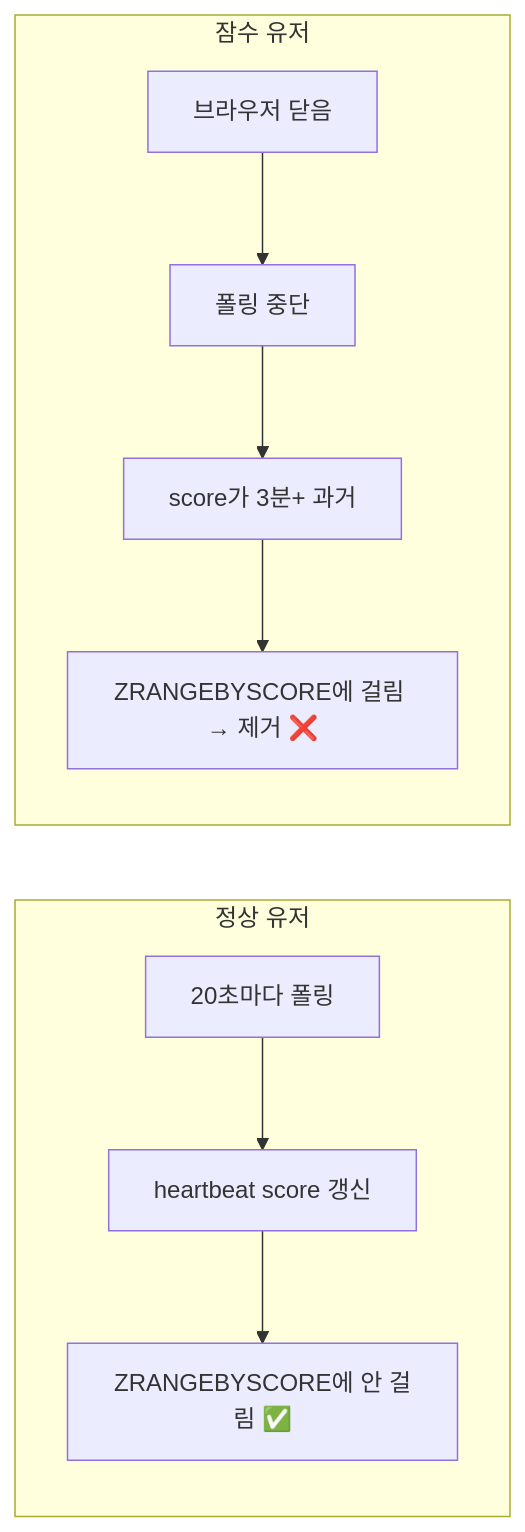
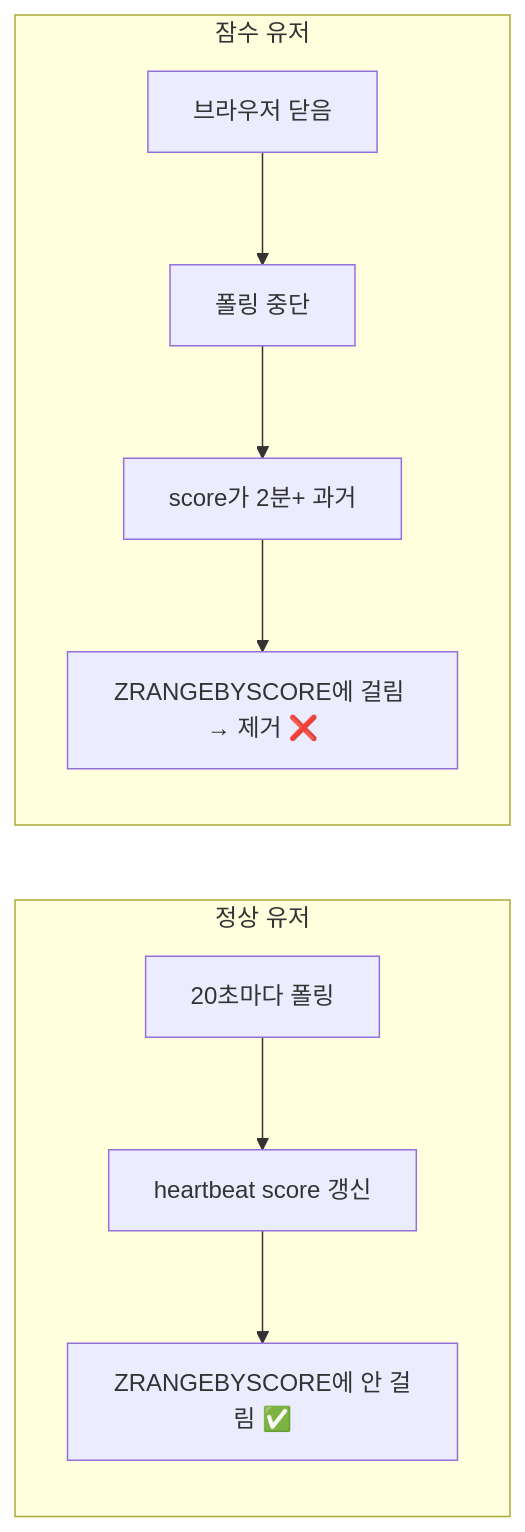
One commit to irnd04/zticket changed the fourth of 8 diagrams in README.md. Above: the diagram before and after it, drawn with Mermaid. The commit also changed other lines of this file and 3 other files, not shown here.

````diff
--- a/README.md
+++ b/README.md
@@ -126,9 +126,9 @@
 ```mermaid
 flowchart LR
     subgraph 정상 유저
         N1[20초마다 폴링] --> N2[heartbeat score 갱신] --> N3[ZRANGEBYSCORE에 안 걸림 ✅]
     end
     subgraph 잠수 유저
-        G1[브라우저 닫음] --> G2[폴링 중단] --> G3[score가 3분+ 과거] --> G4[ZRANGEBYSCORE에 걸림 → 제거 ❌]
+        G1[브라우저 닫음] --> G2[폴링 중단] --> G3[score가 2분+ 과거] --> G4[ZRANGEBYSCORE에 걸림 → 제거 ❌]
     end
 ```
````
